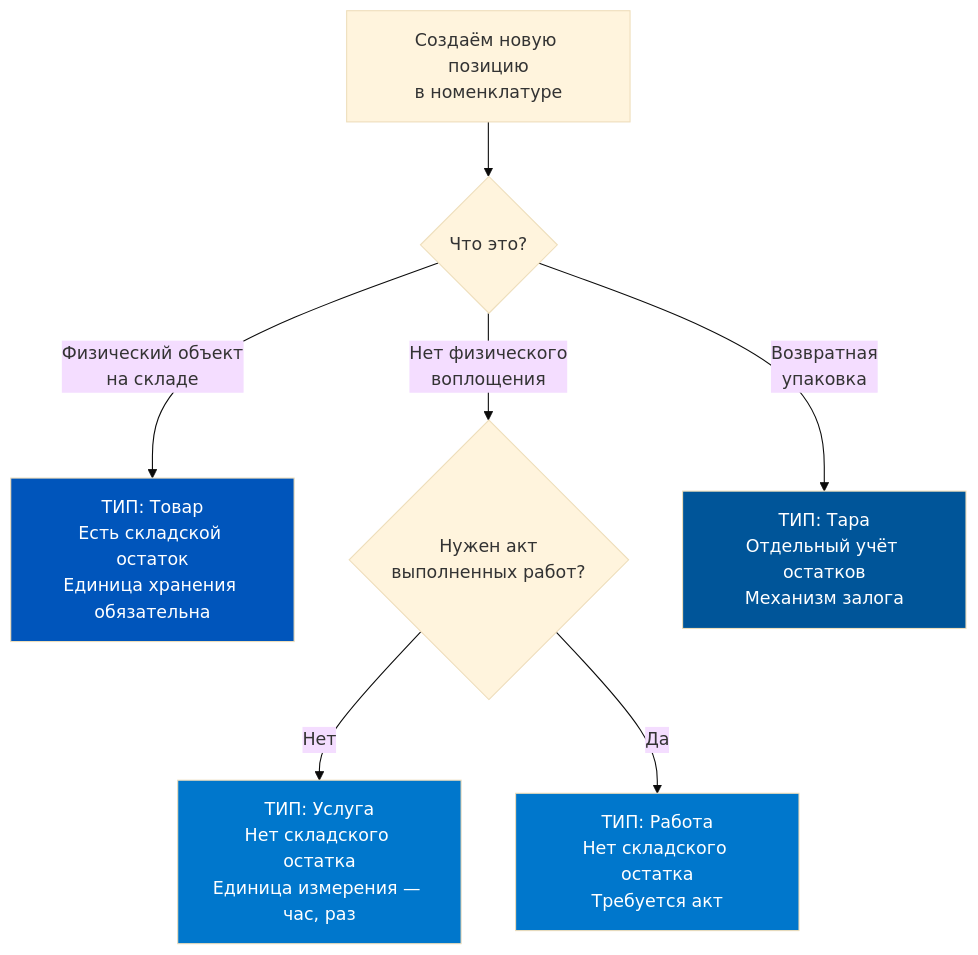
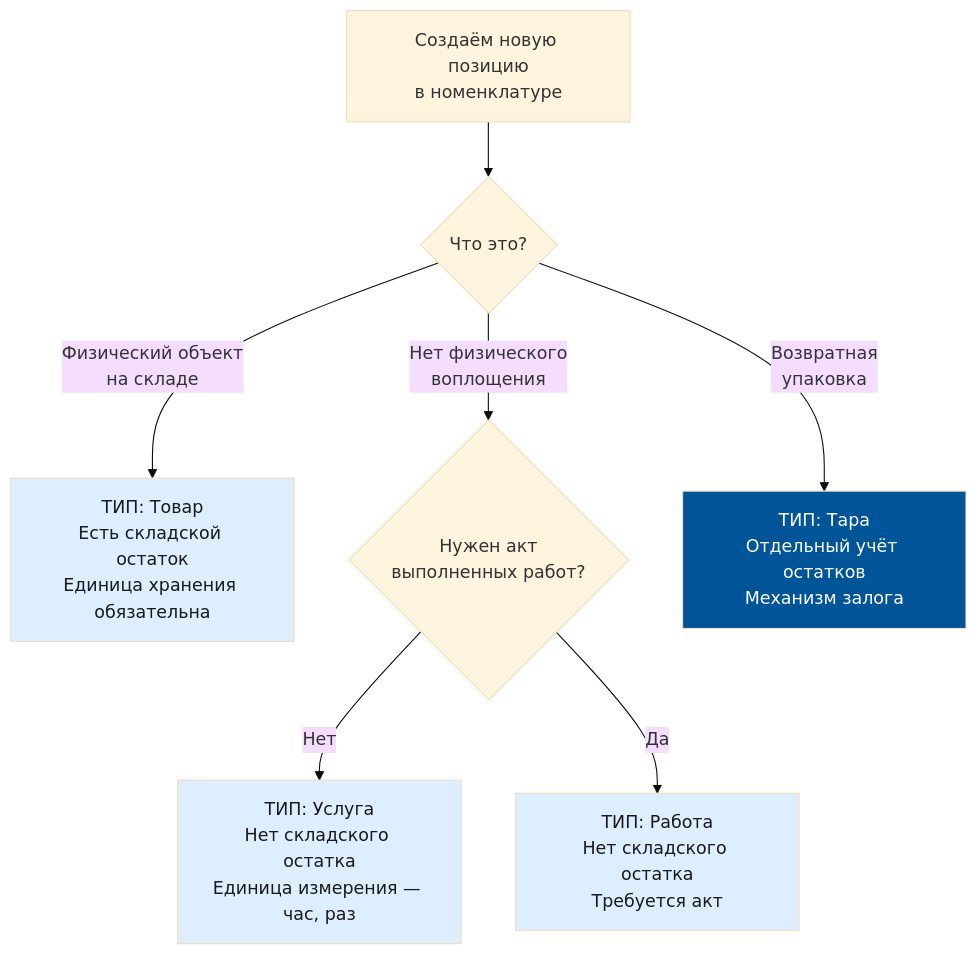
The second of 7 diagrams in content/1c-erp/week_2/Неделя 2 - День 1 - Номенклатура.md (murad1986/1c-erp-quartz), drawn with Mermaid (base theme) before and after one commit. The commit also changed other lines of this file and 57 other files, not shown here.

First line of the commit message:
fix: Mermaid — пастельные цвета в источниках диаграмм (56 файлов)

````diff
--- a/content/1c-erp/week_2/Неделя 2 - День 1 - Номенклатура.md
+++ b/content/1c-erp/week_2/Неделя 2 - День 1 - Номенклатура.md
@@ -91,14 +91,14 @@
 ```mermaid
 flowchart TD
     Q["Создаём новую позицию<br/>в номенклатуре"] --> T{"Что это?"}
     T -->|"Физический объект<br/>на складе"| TOV["ТИП: Товар<br/>Есть складской остаток<br/>Единица хранения обязательна"]
     T -->|"Нет физического<br/>воплощения"| US{"Нужен акт<br/>выполненных работ?"}
     T -->|"Возвратная<br/>упаковка"| TAR["ТИП: Тара<br/>Отдельный учёт остатков<br/>Механизм залога"]
     US -->|"Нет"| USL["ТИП: Услуга<br/>Нет складского остатка<br/>Единица измерения — час, раз"]
     US -->|"Да"| RAB["ТИП: Работа<br/>Нет складского остатка<br/>Требуется акт"]
 
-    style TOV fill:#0055BB,color:#fff
-    style USL fill:#0077CC,color:#fff
-    style RAB fill:#0077CC,color:#fff
+    style TOV fill:#dceeff,color:#1a1a1a
+    style USL fill:#dceeff,color:#1a1a1a
+    style RAB fill:#dceeff,color:#1a1a1a
     style TAR fill:#005599,color:#fff
 ```
````
